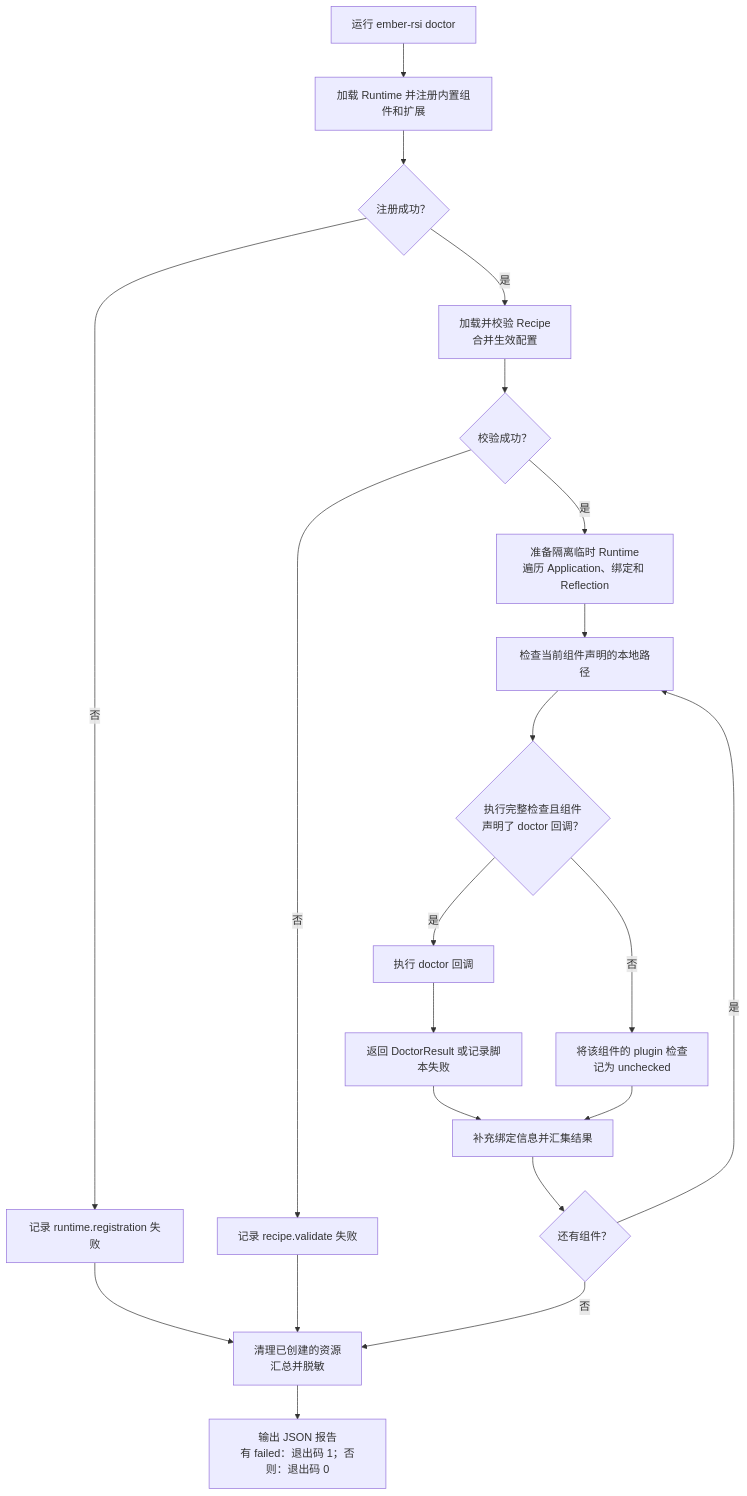
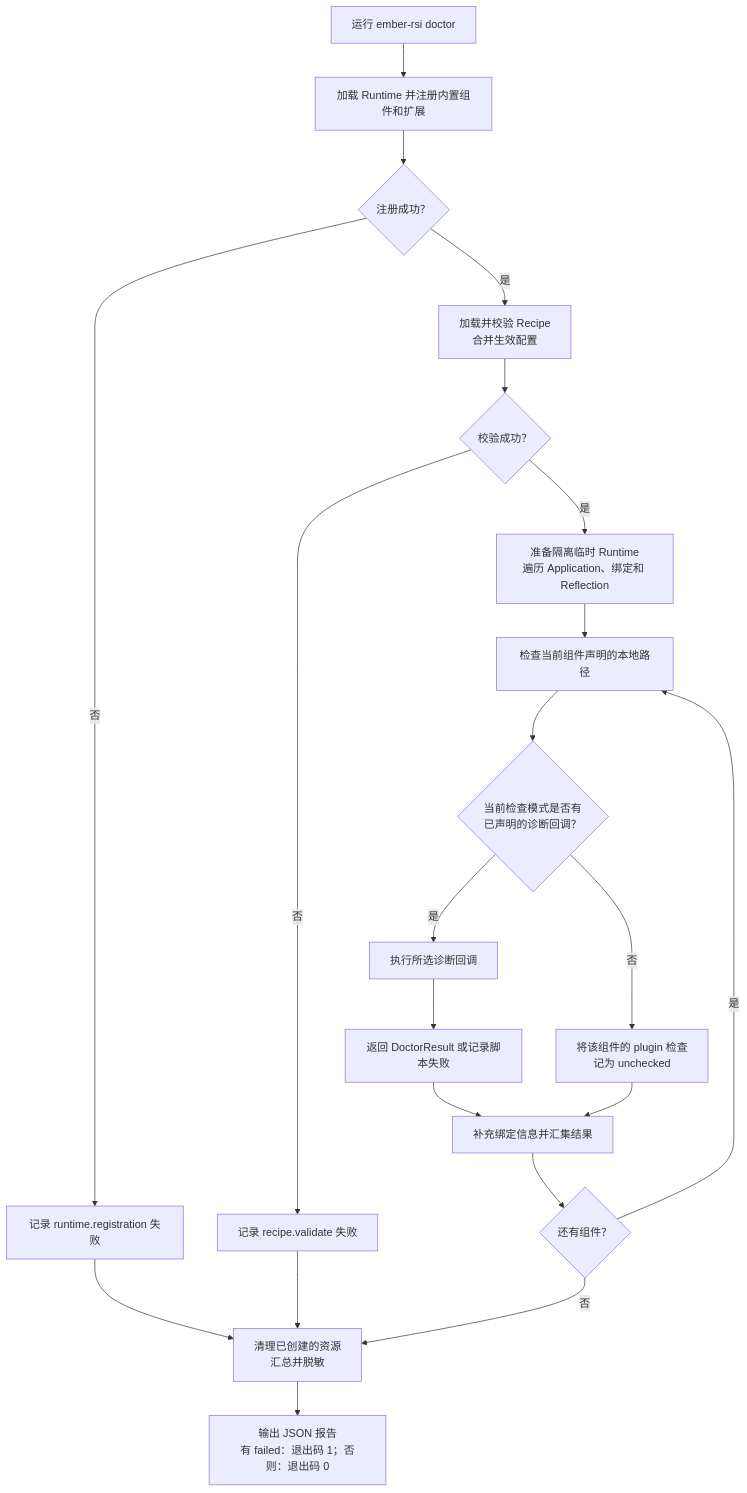
One commit to ARSI-LAB/ARSI changed the diagram in docs/users/guides/doctor_zh.md. Above: the diagram before and after it, drawn with Mermaid. The commit also changed other lines of this file and 31 other files, not shown here.

````diff
--- a/docs/users/guides/doctor_zh.md
+++ b/docs/users/guides/doctor_zh.md
@@ -24,23 +24,23 @@
 ```mermaid
 flowchart TD
     A["运行 ember-rsi doctor"] --> B["加载 Runtime 并注册内置组件和扩展"]
     B --> C{"注册成功？"}
     C -- 否 --> D["记录 runtime.registration 失败"]
     C -- 是 --> E["加载并校验 Recipe<br/>合并生效配置"]
     E --> F{"校验成功？"}
     F -- 否 --> G["记录 recipe.validate 失败"]
     F -- 是 --> H["准备隔离临时 Runtime<br/>遍历 Application、绑定和 Reflection"]
     H --> I["检查当前组件声明的本地路径"]
-    I --> J{"执行完整检查且组件<br/>声明了 doctor 回调？"}
-    J -- 是 --> K["执行 doctor 回调"]
+    I --> J{"当前检查模式是否有<br/>已声明的诊断回调？"}
+    J -- 是 --> K["执行所选诊断回调"]
     K --> Q["返回 DoctorResult 或记录脚本失败"]
     J -- 否 --> L["将该组件的 plugin 检查<br/>记为 unchecked"]
     Q --> M["补充绑定信息并汇集结果"]
     L --> M
     M --> N{"还有组件？"}
     N -- 是 --> I
     N -- 否 --> O["清理已创建的资源<br/>汇总并脱敏"]
     D --> O
     G --> O
     O --> P["输出 JSON 报告<br/>有 failed：退出码 1；否则：退出码 0"]
 ```
````
